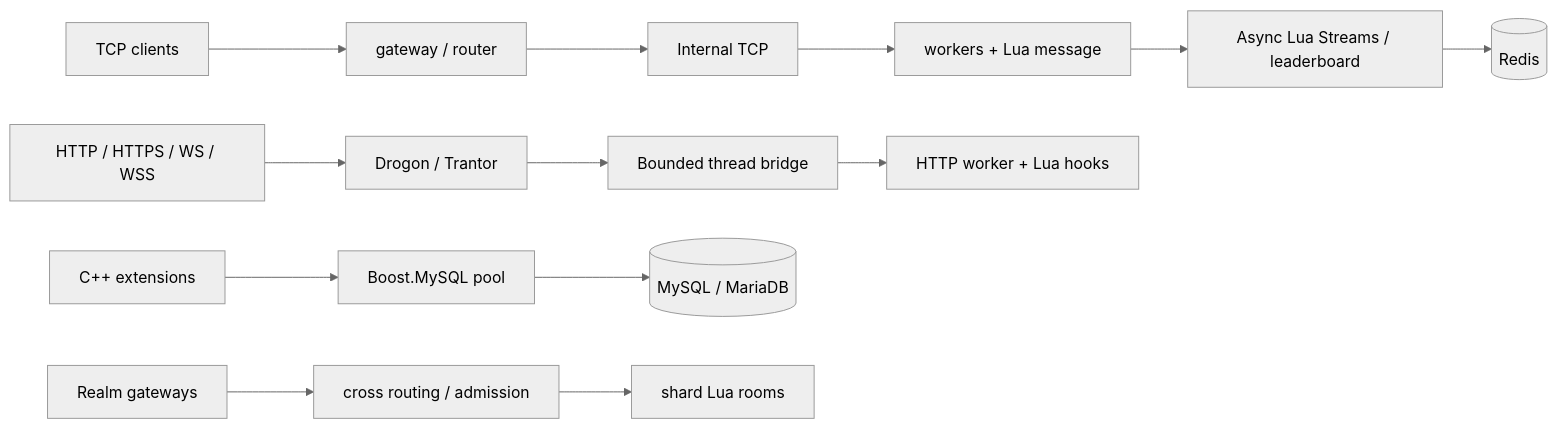
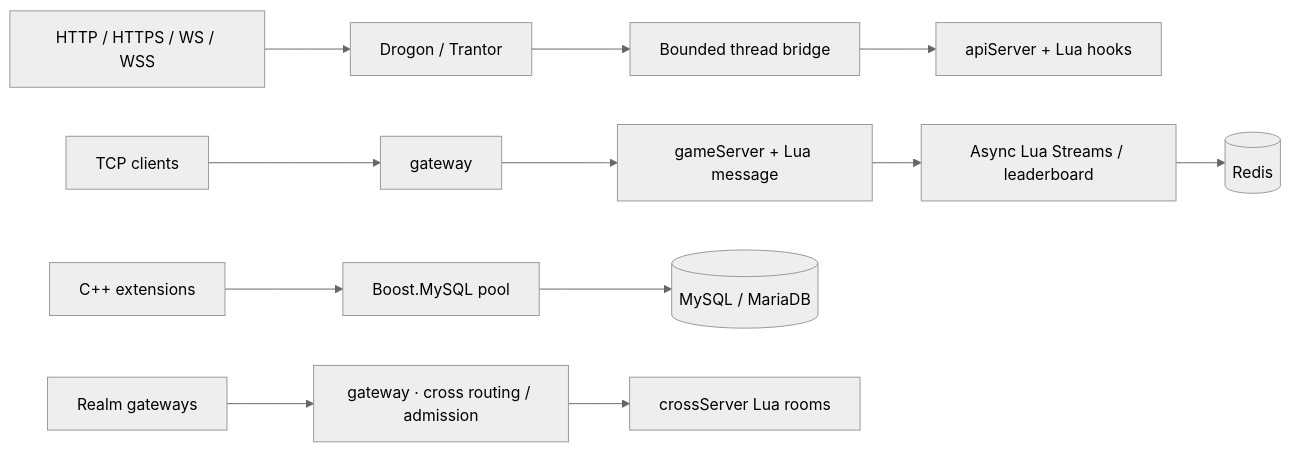
Before and after one commit to cuihairu/mistlane: the diagram in README.md, drawn with Mermaid (neutral theme). The commit also changed other lines of this file and 58 other files, not shown here.

````diff
--- a/README.md
+++ b/README.md
@@ -38,15 +40,14 @@
 ```mermaid
 flowchart LR
-  C[TCP clients] --> G[gateway / router]
-  G --> R[Internal TCP]
-  R --> W[workers + Lua message]
+  C[TCP clients] --> G[gateway]
+  G --> W[gameServer + Lua message]
   H[HTTP / HTTPS / WS / WSS] --> D[Drogon / Trantor]
   D --> B[Bounded thread bridge]
-  B --> L[HTTP worker + Lua hooks]
+  B --> L[apiServer + Lua hooks]
   A[C++ extensions] --> P[Boost.MySQL pool]
   P --> DB[(MySQL / MariaDB)]
   W --> Q[Async Lua Streams / leaderboard]
   Q --> KV[(Redis)]
-  E[Realm gateways] --> X[cross routing / admission]
-  X --> S[shard Lua rooms]
+  E[Realm gateways] --> X[gateway · cross routing / admission]
+  X --> S[crossServer Lua rooms]
 ```
````
